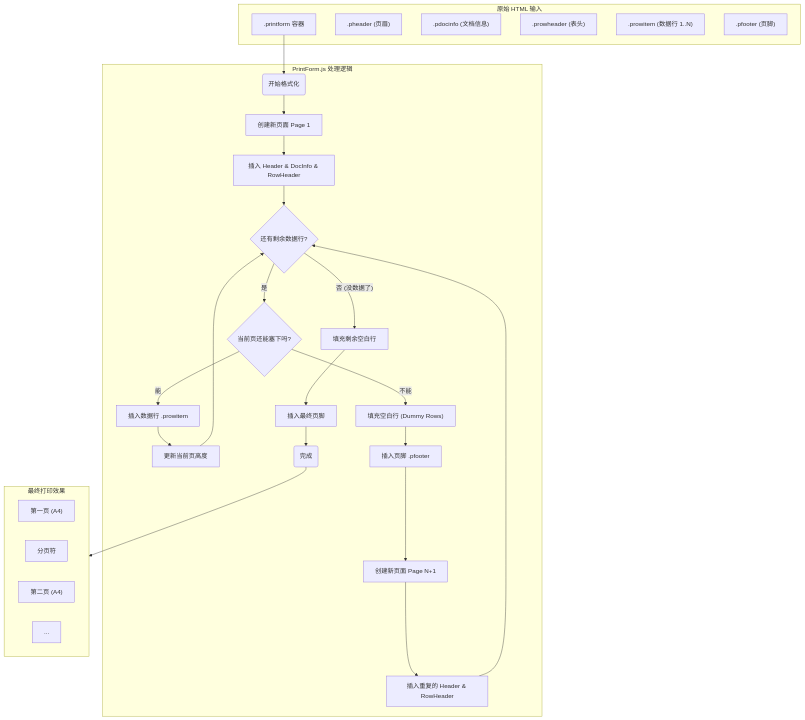
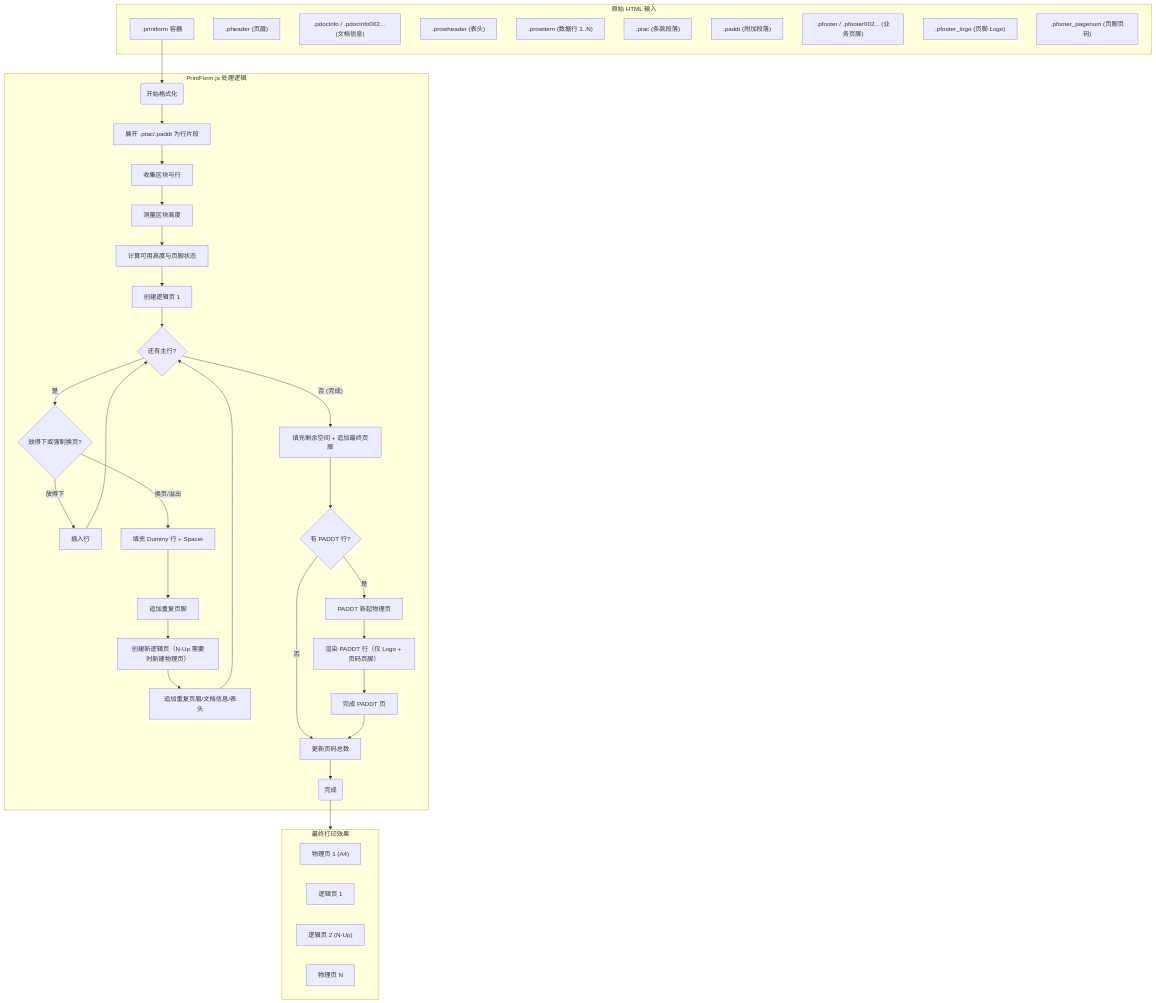
Before and after one commit to yapweijun1996/printform-js: the diagram in README.zh-CN.md, drawn with Mermaid. The commit also changed 1 other file, not shown here.

````diff
--- a/README.zh-CN.md
+++ b/README.zh-CN.md
@@ -13,43 +13,53 @@
 ```mermaid
 flowchart TD
     subgraph Raw_Input [原始 HTML 输入]
         RawContainer[".printform 容器"]
         Header[".pheader (页眉)"]
-        DocInfo[".pdocinfo (文档信息)"]
+        DocInfo[".pdocinfo / .pdocinfo002... (文档信息)"]
         RowHeader[".prowheader (表头)"]
         RowItems[".prowitem (数据行 1..N)"]
-        Footer[".pfooter (页脚)"]
+        Ptac[".ptac (条款段落)"]
+        Paddt[".paddt (附加段落)"]
+        Footer[".pfooter / .pfooter002... (业务页脚)"]
+        FooterLogo[".pfooter_logo (页脚 Logo)"]
+        FooterPagenum[".pfooter_pagenum (页脚页码)"]
     end
 
     subgraph Processing [PrintForm.js 处理逻辑]
-        Start(开始格式化) --> InitPage[创建新页面 Page 1]
-        InitPage --> AddHeader[插入 Header & DocInfo & RowHeader]
-        AddHeader --> LoopRows{还有剩余数据行?}
-        
-        LoopRows -- 是 --> CheckSpace{当前页还能塞下吗?}
-        
-        CheckSpace -- 能 --> AppendRow[插入数据行 .prowitem]
-        AppendRow --> UpdateHeight[更新当前页高度]
-        UpdateHeight --> LoopRows
-        
-        CheckSpace -- 不能 --> FillDummy["填充空白行 (Dummy Rows)"]
-        FillDummy --> AddFooter[插入页脚 .pfooter]
-        AddFooter --> NewPage[创建新页面 Page N+1]
-        NewPage --> AddHeaderRepeat[插入重复的 Header & RowHeader]
-        AddHeaderRepeat --> LoopRows
-        
-        LoopRows -- 否 (没数据了) --> FillDummyFinal[填充剩余空白行]
-        FillDummyFinal --> AddFooterFinal[插入最终页脚]
-        AddFooterFinal --> Finish(完成)
+        Start(开始格式化) --> ExpandSeg[展开 .ptac/.paddt 为行片段]
+        ExpandSeg --> Collect[收集区块与行]
+        Collect --> Measure[测量区块高度]
+        Measure --> ComputeLayout[计算可用高度与页脚状态]
+        ComputeLayout --> InitPage[创建逻辑页 1]
+        InitPage --> LoopRows{还有主行?}
+
+        LoopRows -- 是 --> CheckSpace{放得下或强制换页?}
+        CheckSpace -- 放得下 --> AppendRow[插入行]
+        AppendRow --> LoopRows
+
+        CheckSpace -- 换页/溢出 --> FillRemainder[填充 Dummy 行 + Spacer]
+        FillRemainder --> AddRepeatFooter[追加重复页脚]
+        AddRepeatFooter --> NewPage[创建新逻辑页（N-Up 需要时新建物理页）]
+        NewPage --> AddRepeatHeader[追加重复页眉/文档信息/表头]
+        AddRepeatHeader --> LoopRows
+
+        LoopRows -- 否 (完成) --> FinalizeMain[填充剩余空间 + 追加最终页脚]
+        FinalizeMain --> PaddtCheck{有 PADDT 行?}
+        PaddtCheck -- 否 --> UpdatePageNum[更新页码总数]
+        PaddtCheck -- 是 --> NewPhysical[PADDT 新起物理页]
+        NewPhysical --> RenderPaddt[渲染 PADDT 行（仅 Logo + 页码页脚）]
+        RenderPaddt --> FinalizePaddt[完成 PADDT 页]
+        FinalizePaddt --> UpdatePageNum
+        UpdatePageNum --> Finish(完成)
     end
 
     subgraph Output_Result [最终打印效果]
-        Page1["第一页 (A4)"]
-        PageBreak["分页符"]
-        Page2["第二页 (A4)"]
-        PageN["..."]
+        Physical1["物理页 1 (A4)"]
+        Logical1["逻辑页 1"]
+        Logical2["逻辑页 2 (N-Up)"]
+        PhysicalN["物理页 N"]
     end
 
     RawContainer --> Start
     Finish --> Output_Result
 ```
````
